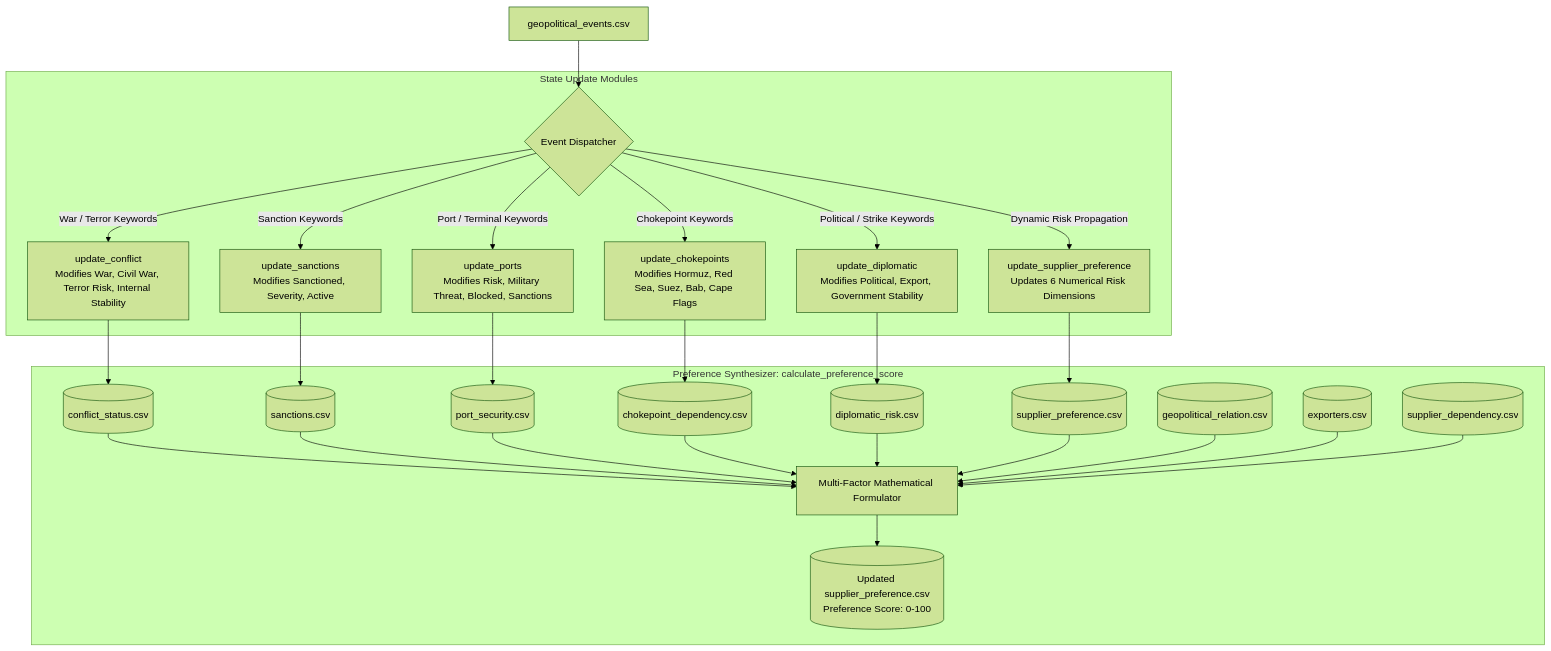
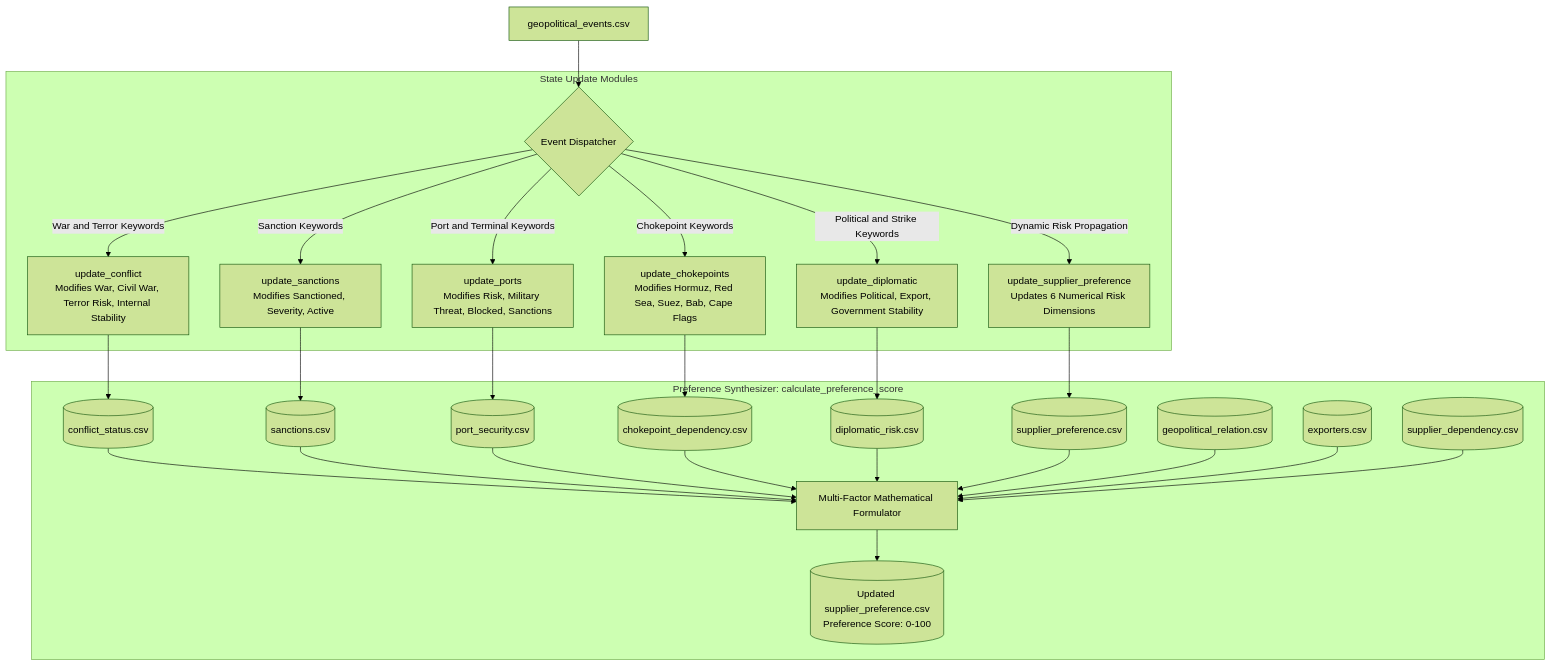
The fourth of 6 diagrams in ARCHITECTURE.md (kajaredhruv433/AI-Driven-Energy-Supply-Chain-Resilience), drawn with Mermaid (forest theme) before and after one commit. The commit also changed other lines of this file and 1 other file, not shown here.

Commit message:
docs: comprehensive documentation update for README and ARCHITECTURE

````diff
--- a/ARCHITECTURE.md
+++ b/ARCHITECTURE.md
@@ -203,28 +226,35 @@
 ```mermaid
 flowchart TD
     EVT[geopolitical_events.csv] --> DISPATCH{Event Dispatcher}
 
     subgraph State_Updaters [State Update Modules]
-        DISPATCH -->|War / Terror Keywords| U_CNF[update_conflict\nModifies War, Civil War, Terror Risk, Internal Stability]
-        DISPATCH -->|Sanction Keywords| U_SNC[update_sanctions\nModifies Sanctioned, Severity, Active]
-        DISPATCH -->|Port / Terminal Keywords| U_PRT[update_ports\nModifies Risk, Military Threat, Blocked, Sanctions]
-        DISPATCH -->|Chokepoint Keywords| U_CHK[update_chokepoints\nModifies Hormuz, Red Sea, Suez, Bab, Cape Flags]
-        DISPATCH -->|Political / Strike Keywords| U_DIP[update_diplomatic\nModifies Political, Export, Government Stability]
-        DISPATCH -->|Dynamic Risk Propagation| U_SUP[update_supplier_preference\nUpdates 6 Numerical Risk Dimensions]
+        DISPATCH -->|War and Terror Keywords| U_CNF[update_conflict
+Modifies War, Civil War, Terror Risk, Internal Stability]
+        DISPATCH -->|Sanction Keywords| U_SNC[update_sanctions
+Modifies Sanctioned, Severity, Active]
+        DISPATCH -->|Port and Terminal Keywords| U_PRT[update_ports
+Modifies Risk, Military Threat, Blocked, Sanctions]
+        DISPATCH -->|Chokepoint Keywords| U_CHK[update_chokepoints
+Modifies Hormuz, Red Sea, Suez, Bab, Cape Flags]
+        DISPATCH -->|Political and Strike Keywords| U_DIP[update_diplomatic
+Modifies Political, Export, Government Stability]
+        DISPATCH -->|Dynamic Risk Propagation| U_SUP[update_supplier_preference
+Updates 6 Numerical Risk Dimensions]
     end
 
     U_CNF --> DB_CNF[(conflict_status.csv)]
     U_SNC --> DB_SNC[(sanctions.csv)]
     U_PRT --> DB_PRT[(port_security.csv)]
     U_CHK --> DB_CHK[(chokepoint_dependency.csv)]
     U_DIP --> DB_DIP[(diplomatic_risk.csv)]
     U_SUP --> DB_SUP[(supplier_preference.csv)]
 
     subgraph Score_Synthesizer [Preference Synthesizer: calculate_preference_score]
         DB_CNF & DB_SNC & DB_PRT & DB_CHK & DB_DIP & DB_SUP --> SYNTH[Multi-Factor Mathematical Formulator]
         DB_REL[(geopolitical_relation.csv)] --> SYNTH
         DB_EXP[(exporters.csv)] --> SYNTH
         DB_DEP[(supplier_dependency.csv)] --> SYNTH
-        SYNTH --> RES_SUP[(Updated supplier_preference.csv\nPreference Score: 0-100)]
+        SYNTH --> RES_SUP[(Updated supplier_preference.csv
+Preference Score: 0-100)]
     end
 ```
````
